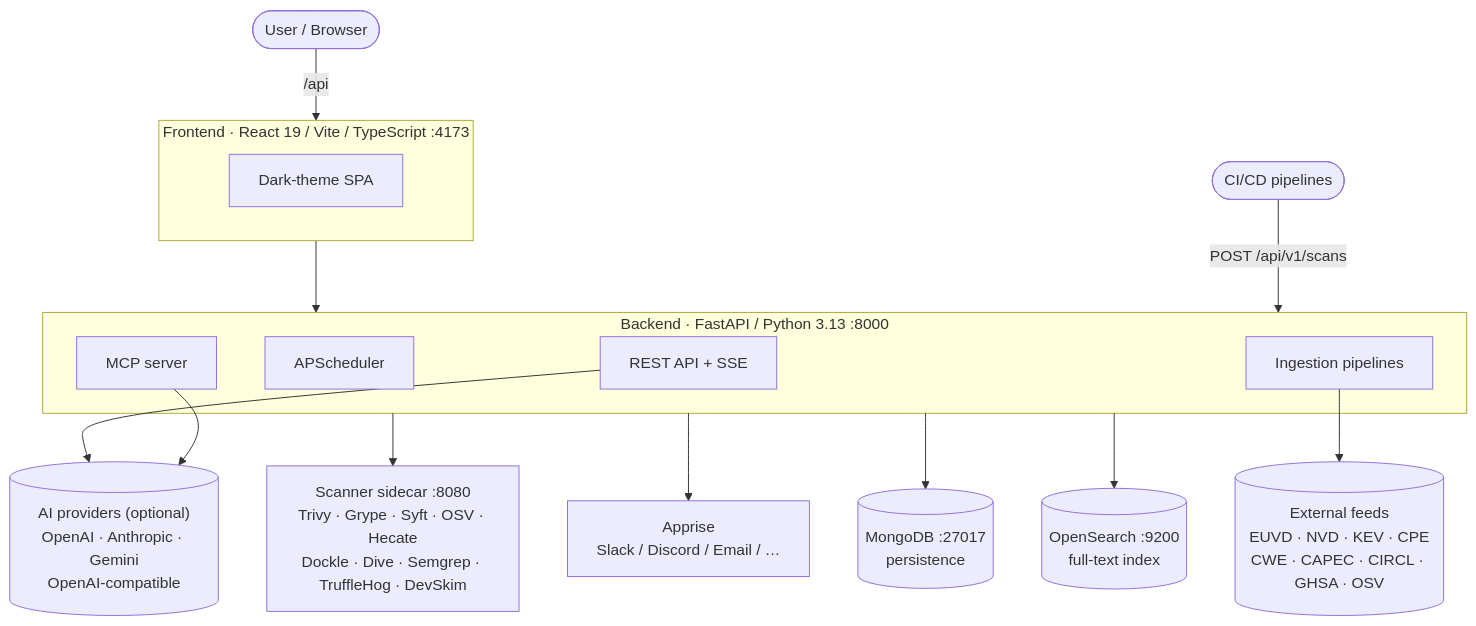
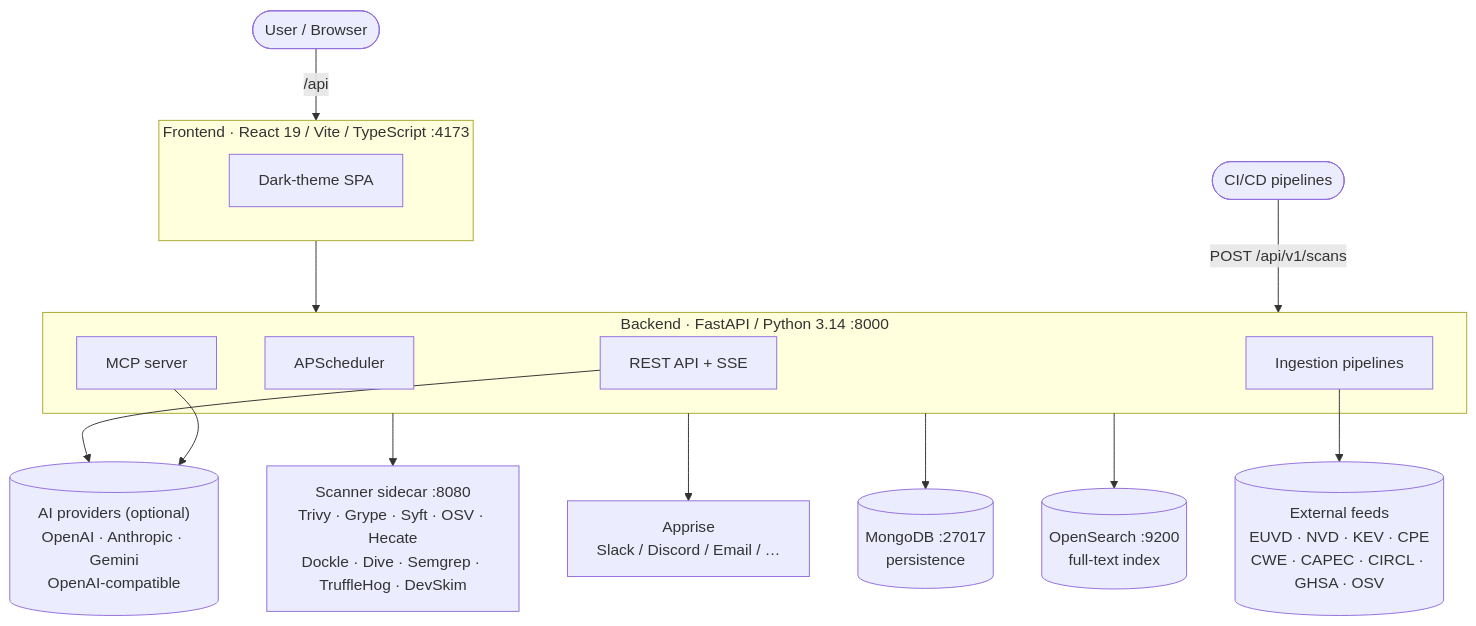
One commit to 0x3e4/hecate changed the diagram in README.md. Above: the diagram before and after it, drawn with Mermaid. The commit also changed other lines of this file and 15 other files, not shown here.

````diff
--- a/README.md
+++ b/README.md
@@ -98,36 +98,36 @@
 ```mermaid
 flowchart TB
     User([User / Browser])
     CICD([CI/CD pipelines])
 
     subgraph Frontend["Frontend · React 19 / Vite / TypeScript :4173"]
         SPA[Dark-theme SPA]
     end
 
-    subgraph Backend["Backend · FastAPI / Python 3.13 :8000"]
+    subgraph Backend["Backend · FastAPI / Python 3.14 :8000"]
         API[REST API + SSE]
         Scheduler[APScheduler]
         Pipelines[Ingestion pipelines]
         MCP[MCP server]
     end
 
     Scanner["Scanner sidecar :8080<br/>Trivy · Grype · Syft · OSV · Hecate<br/>Dockle · Dive · Semgrep · TruffleHog · DevSkim"]
     Apprise["Apprise<br/>Slack / Discord / Email / …"]
 
     Mongo[("MongoDB :27017<br/>persistence")]
     OS[("OpenSearch :9200<br/>full-text index")]
 
     Feeds[("External feeds<br/>EUVD · NVD · KEV · CPE<br/>CWE · CAPEC · CIRCL · GHSA · OSV")]
     AI[("AI providers (optional)<br/>OpenAI · Anthropic · Gemini<br/>OpenAI-compatible")]
 
     User -->|/api| Frontend
     Frontend --> Backend
     CICD -->|POST /api/v1/scans| Backend
     Backend --> Scanner
     Backend --> Apprise
     Backend --> Mongo
     Backend --> OS
     Pipelines --> Feeds
     API --> AI
     MCP --> AI
 ```
````
